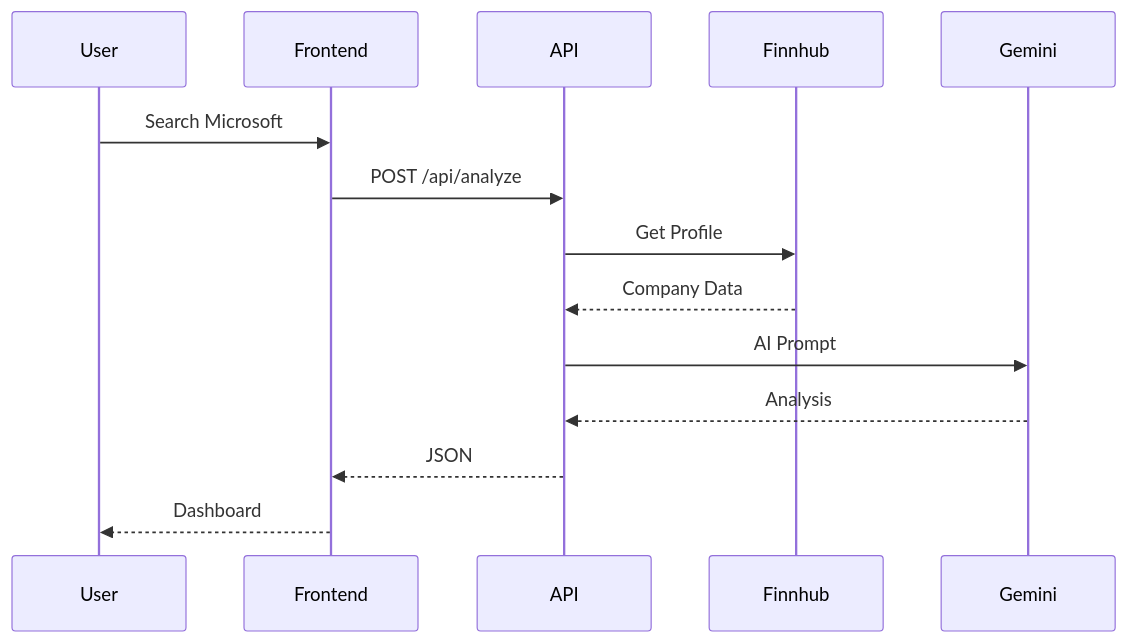
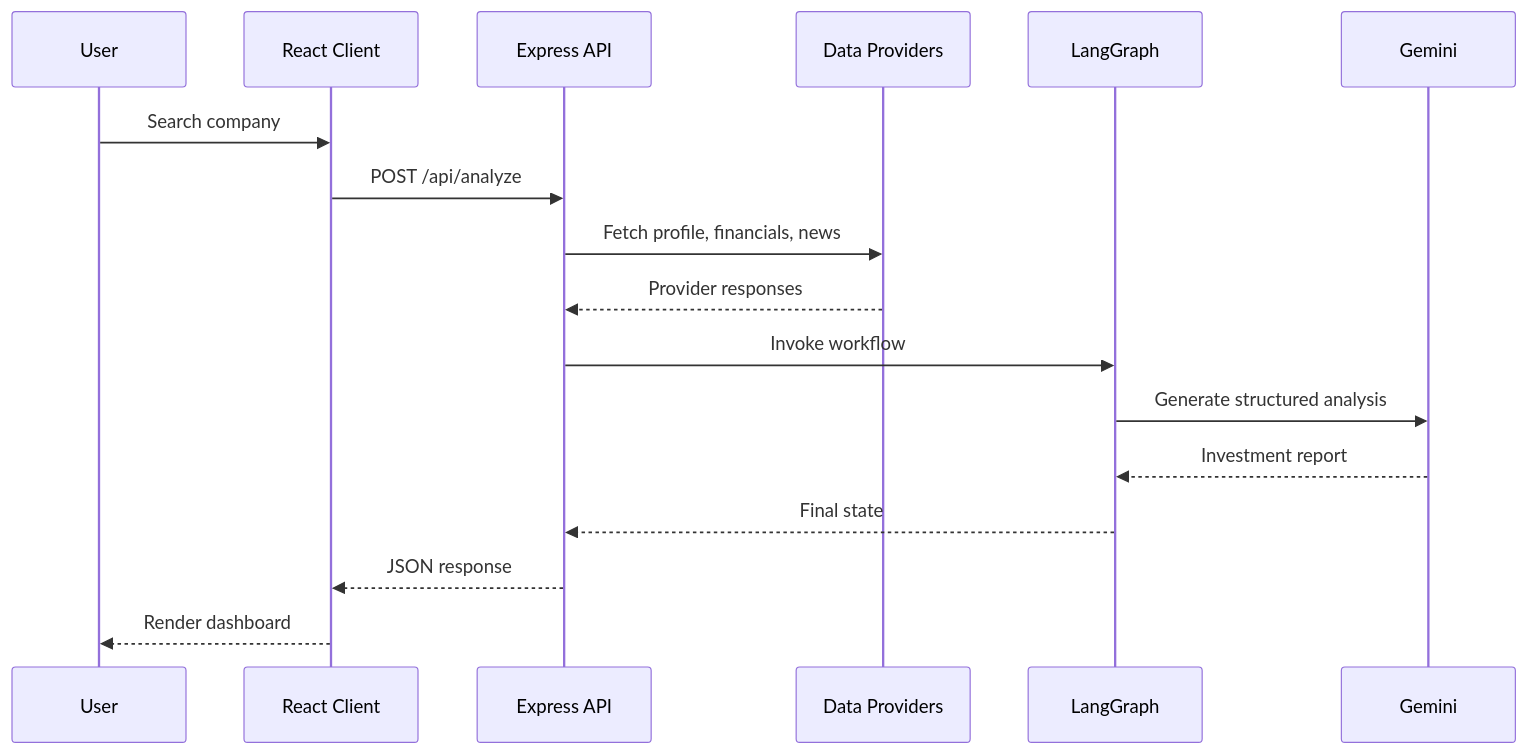
The fourth of 4 diagrams in README.md (aeyushhh23/AI_Investmen_Research), drawn with Mermaid before and after one commit. The commit also changed other lines of this file, not shown here.

````diff
--- a/README.md
+++ b/README.md
@@ -848,29 +201,20 @@
 ```mermaid
 sequenceDiagram
+    participant User
+    participant Client as React Client
+    participant API as Express API
+    participant Data as Data Providers
+    participant Graph as LangGraph
+    participant Gemini as Gemini
 
-participant User
-
-participant Frontend
-
-participant API
-
-participant Finnhub
-
-participant Gemini
-
-User->>Frontend: Search Microsoft
-
-Frontend->>API: POST /api/analyze
-
-API->>Finnhub: Get Profile
-
-Finnhub-->>API: Company Data
-
-API->>Gemini: AI Prompt
-
-Gemini-->>API: Analysis
-
-API-->>Frontend: JSON
-
-Frontend-->>User: Dashboard
+    User->>Client: Search company
+    Client->>API: POST /api/analyze
+    API->>Data: Fetch profile, financials, news
+    Data-->>API: Provider responses
+    API->>Graph: Invoke workflow
+    Graph->>Gemini: Generate structured analysis
+    Gemini-->>Graph: Investment report
+    Graph-->>API: Final state
+    API-->>Client: JSON response
+    Client-->>User: Render dashboard
 ```
````
